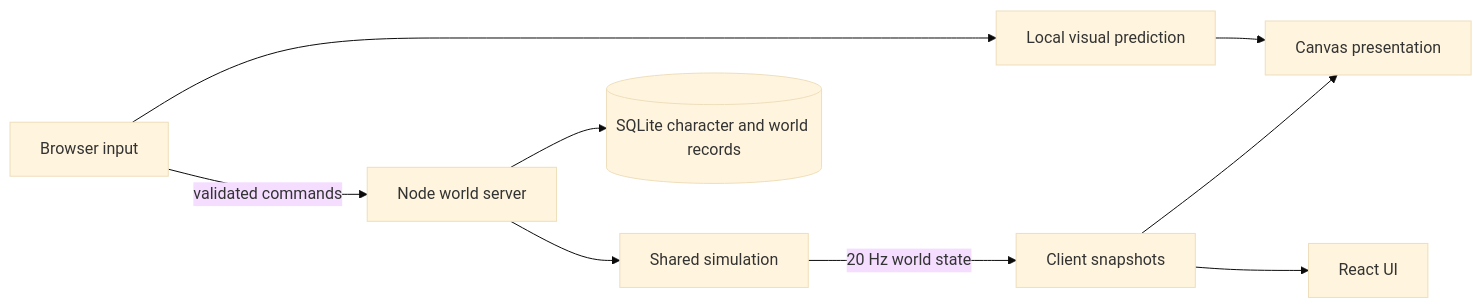
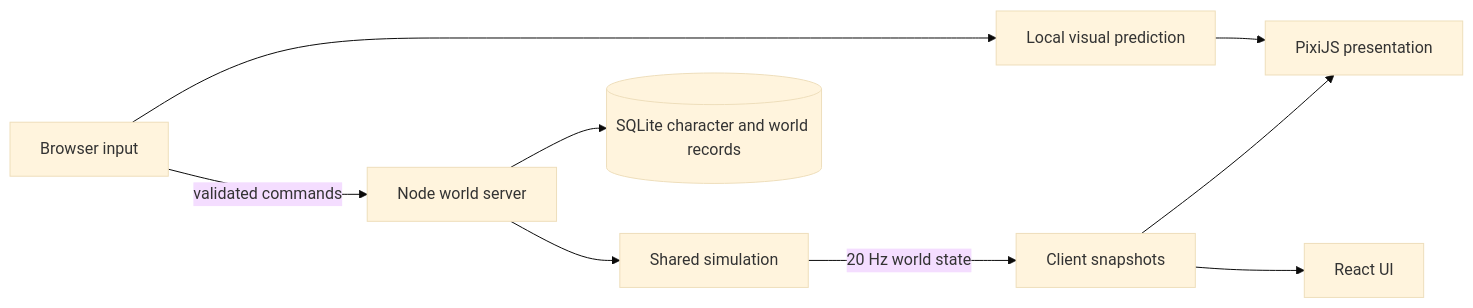
The diagram in docs/design/architecture.md (cTux/emberfall), drawn with Mermaid (base theme) before and after one commit. The commit also changed other lines of this file and 475 other files, not shown here.

````diff
--- a/docs/design/architecture.md
+++ b/docs/design/architecture.md
@@ -25,11 +21,11 @@
 ```mermaid
 flowchart LR
   Input[Browser input] -->|validated commands| Server[Node world server]
   Server --> Simulation[Shared simulation]
   Simulation -->|20 Hz world state| Client[Client snapshots]
-  Client --> Canvas[Canvas presentation]
+  Client --> Canvas[PixiJS presentation]
   Client --> UI[React UI]
   Server --> SQLite[(SQLite character and world records)]
   Input --> Prediction[Local visual prediction]
   Prediction --> Canvas
 ```
````
